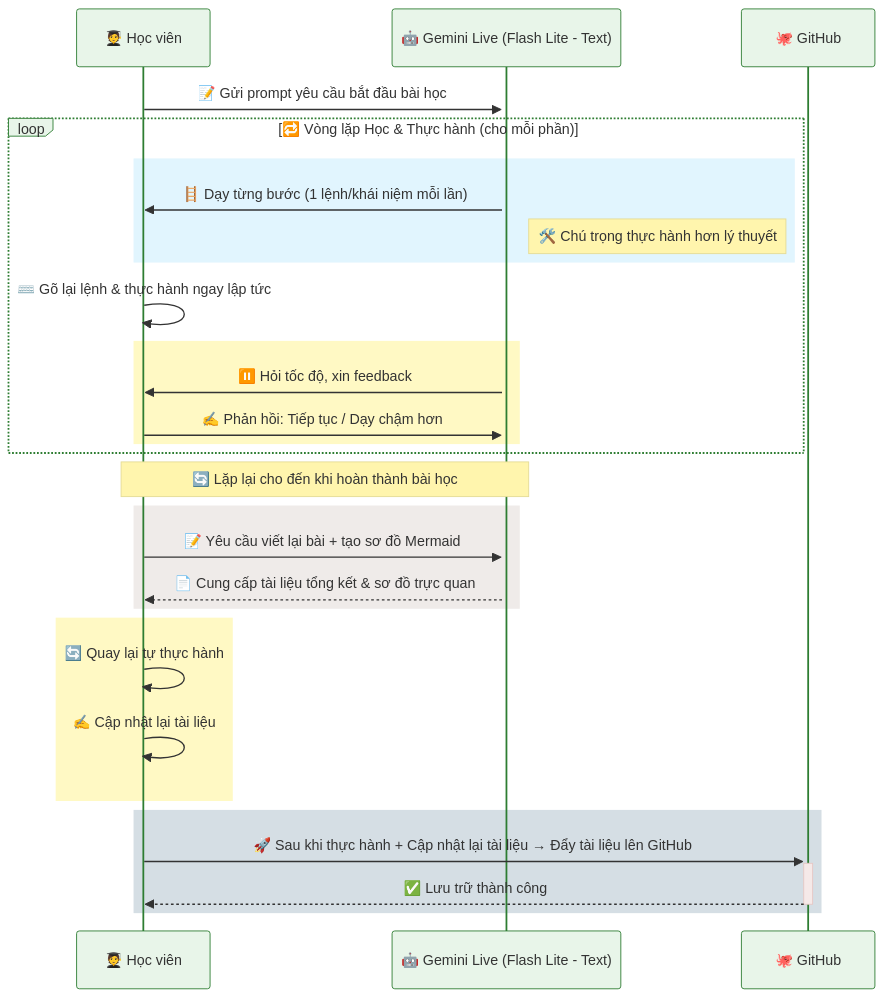
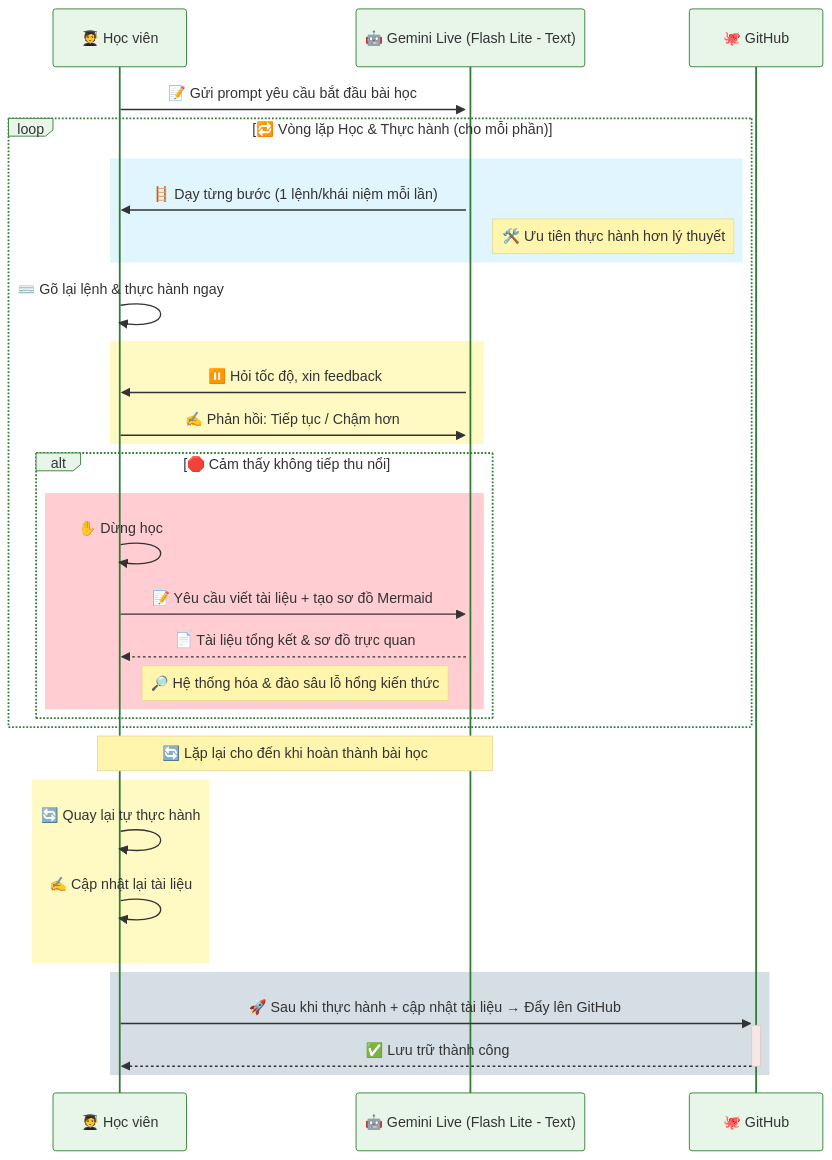
The third of 5 diagrams in README.md (khanhnk-phuctho/lifelong-learning), drawn with Mermaid before and after one commit. The commit also changed other lines of this file, not shown here.

````diff
--- a/README.md
+++ b/README.md
@@ -198,52 +207,56 @@
 ```mermaid
 %%{
   init: {
     "theme": "base",
     "themeVariables": {
       "background": "#f5f5f5",
       "primaryColor": "#e8f5e9",
       "actorBorder": "#2e7d32",
       "messageTextColor": "#1b5e20"
     }
   }
 }%%
 sequenceDiagram
     participant HV as 🧑‍🎓 Học viên
     participant GL as 🤖 Gemini Live (Flash Lite - Text)
     participant GH as 🐙 GitHub
 
     HV->>+GL: 📝 Gửi prompt yêu cầu bắt đầu bài học
 
     loop 🔁 Vòng lặp Học & Thực hành (cho mỗi phần)
         
         rect rgb(225, 245, 254)
             GL->>HV: 🪜 Dạy từng bước (1 lệnh/khái niệm mỗi lần)
-            Note right of GL: 🛠️ Chú trọng thực hành hơn lý thuyết
+            Note right of GL: 🛠️ Ưu tiên thực hành hơn lý thuyết
         end
 
-        HV->>HV: ⌨️ Gõ lại lệnh & thực hành ngay lập tức
+        HV->>HV: ⌨️ Gõ lại lệnh & thực hành ngay
 
         rect rgb(255, 249, 196)
             GL->>HV: ⏸️ Hỏi tốc độ, xin feedback
-            HV->>GL: ✍️ Phản hồi: Tiếp tục / Dạy chậm hơn
+            HV->>GL: ✍️ Phản hồi: Tiếp tục / Chậm hơn
+        end
+
+        alt 🛑 Cảm thấy không tiếp thu nổi
+            rect rgb(255, 205, 210)
+                HV->>HV: ✋ Dừng học
+                HV->>GL: 📝 Yêu cầu viết tài liệu + tạo sơ đồ Mermaid
+                GL-->>HV: 📄 Tài liệu tổng kết & sơ đồ trực quan
+                Note right of HV: 🔎 Hệ thống hóa & đào sâu lỗ hổng kiến thức
+            end
         end
 
     end
     
     Note over HV,GL: 🔄 Lặp lại cho đến khi hoàn thành bài học
-
-    rect rgb(239, 235, 233)
-        HV->>GL: 📝 Yêu cầu viết lại bài + tạo sơ đồ Mermaid
-        GL-->>HV: 📄 Cung cấp tài liệu tổng kết & sơ đồ trực quan
-    end
 
     rect rgb(255, 249, 196)
         HV->>HV: 🔄 Quay lại tự thực hành
         HV->>HV: ✍️ Cập nhật lại tài liệu
     end
 
     rect rgb(213, 222, 228)
-        HV->>+GH: 🚀 Sau khi thực hành + Cập nhật lại tài liệu → Đẩy tài liệu lên GitHub
+        HV->>+GH: 🚀 Sau khi thực hành + cập nhật tài liệu → Đẩy lên GitHub
         GH-->>-HV: ✅ Lưu trữ thành công
     end
 ```
````
